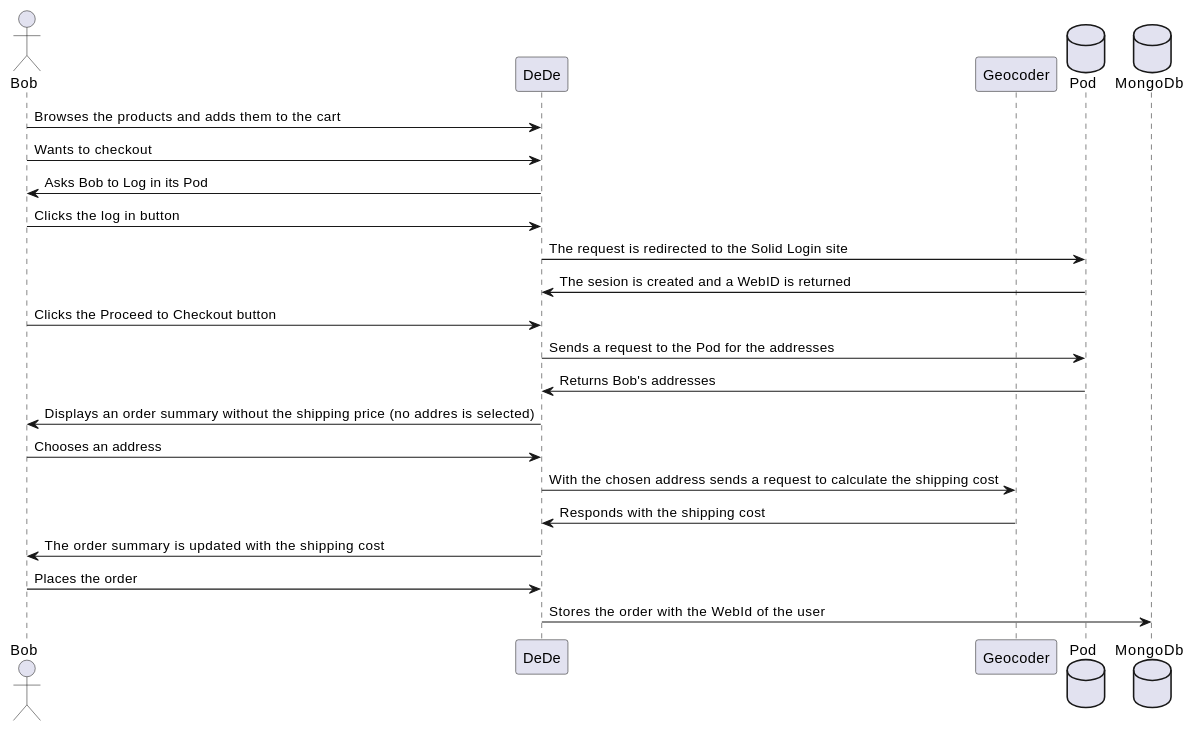
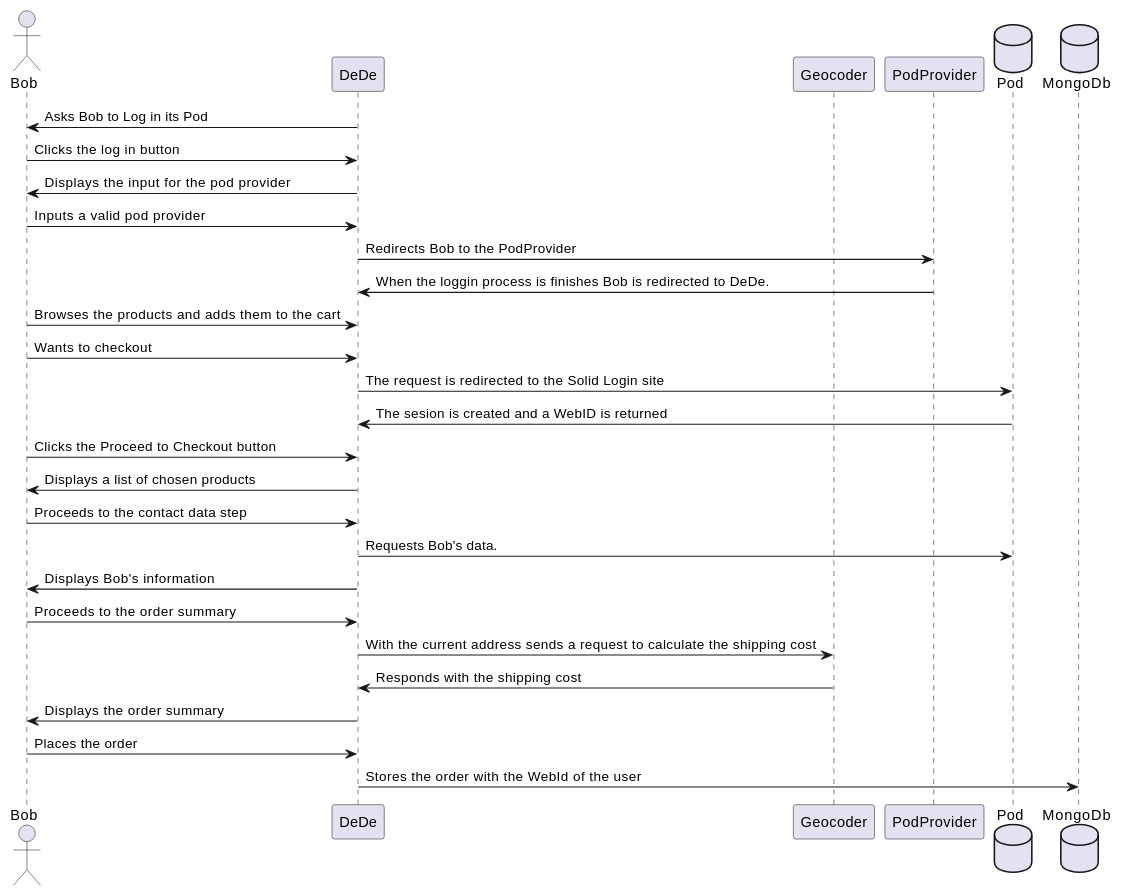
The second of 8 diagrams in docs/06_runtime_view.adoc (Arquisoft/dede_en1a), drawn with PlantUML before and after one commit. The commit also changed other lines of this file and 1 other file, not shown here.

```diff
--- a/docs/06_runtime_view.adoc
+++ b/docs/06_runtime_view.adoc
@@ -26,26 +26,32 @@
 [plantuml,"bob_checkout",png]
 ----
 actor Bob
 participant DeDe
 participant Geocoder
+participant PodProvider
 database Pod
 database MongoDb
 
+DeDe -> Bob : Asks Bob to Log in its Pod
+Bob -> DeDe : Clicks the log in button
+DeDe -> Bob : Displays the input for the pod provider
+Bob -> DeDe : Inputs a valid pod provider
+DeDe -> PodProvider : Redirects Bob to the PodProvider
+PodProvider -> DeDe : When the loggin process is finishes Bob is redirected to DeDe.
 Bob -> DeDe : Browses the products and adds them to the cart
 Bob -> DeDe : Wants to checkout
-DeDe -> Bob : Asks Bob to Log in its Pod
-Bob -> DeDe : Clicks the log in button
 DeDe -> Pod : The request is redirected to the Solid Login site
 Pod -> DeDe : The sesion is created and a WebID is returned
 Bob -> DeDe : Clicks the Proceed to Checkout button
-DeDe -> Pod : Sends a request to the Pod for the addresses
-Pod -> DeDe : Returns Bob's addresses
-DeDe -> Bob : Displays an order summary without the shipping price (no addres is selected)
-Bob -> DeDe : Chooses an address
-DeDe -> Geocoder : With the chosen address sends a request to calculate the shipping cost
+DeDe -> Bob : Displays a list of chosen products
+Bob -> DeDe : Proceeds to the contact data step
+DeDe -> Pod : Requests Bob's data.
+DeDe -> Bob : Displays Bob's information
+Bob -> DeDe : Proceeds to the order summary
+DeDe -> Geocoder : With the current address sends a request to calculate the shipping cost
 Geocoder -> DeDe : Responds with the shipping cost
-DeDe -> Bob : The order summary is updated with the shipping cost
+DeDe -> Bob : Displays the order summary
 Bob -> DeDe : Places the order
 DeDe -> MongoDb : Stores the order with the WebId of the user
 
 ----
```
